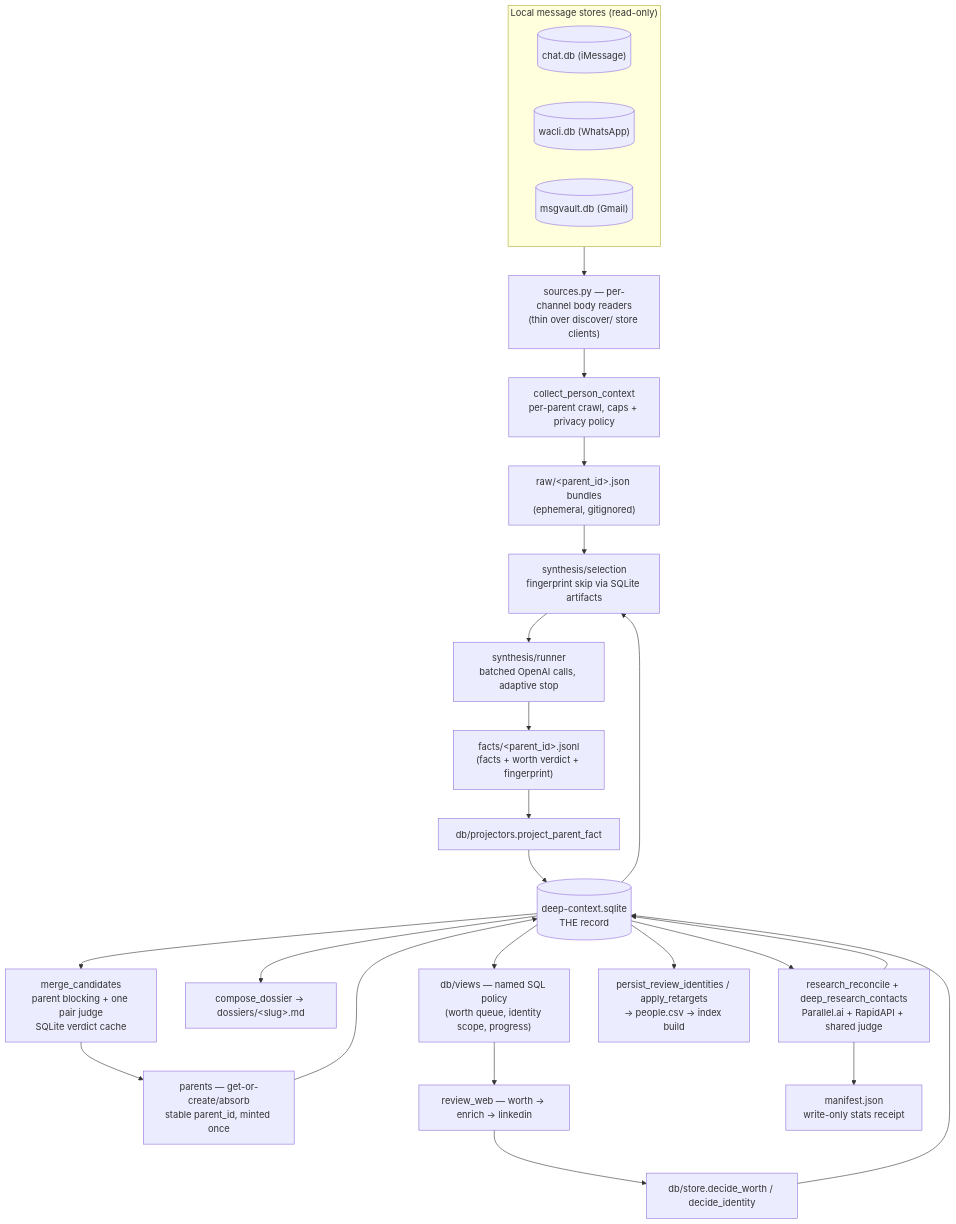
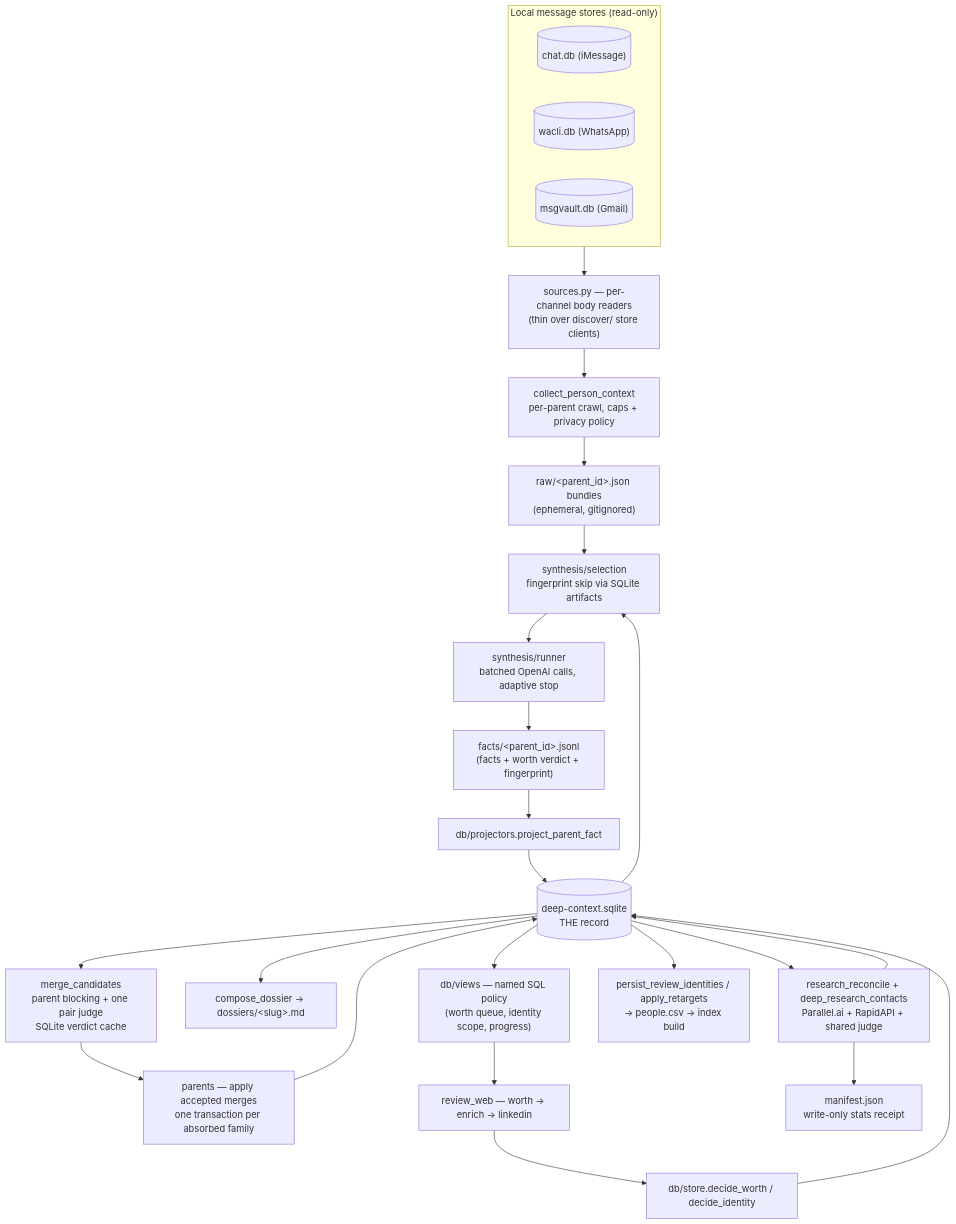
The first of 3 diagrams in packs/ingestion/primitives/deep_context/README.md (powerset-co/powerpacks), drawn with Mermaid before and after one commit. The commit also changed other lines of this file and 10 other files, not shown here.

````diff
--- a/packs/ingestion/primitives/deep_context/README.md
+++ b/packs/ingestion/primitives/deep_context/README.md
@@ -19,35 +21,35 @@
 ```mermaid
 flowchart TD
   subgraph stores["Local message stores (read-only)"]
     chatdb[("chat.db (iMessage)")]
     waclidb[("wacli.db (WhatsApp)")]
     msgvaultdb[("msgvault.db (Gmail)")]
   end
 
   stores --> readers["sources.py — per-channel body readers\n(thin over discover/ store clients)"]
   readers --> collect["collect_person_context\nper-parent crawl, caps + privacy policy"]
   collect --> bundles["raw/&lt;parent_id&gt;.json bundles\n(ephemeral, gitignored)"]
 
   bundles --> select["synthesis/selection\nfingerprint skip via SQLite artifacts"]
   sqlite[("deep-context.sqlite\nTHE record")] --> select
   select --> runner["synthesis/runner\nbatched OpenAI calls, adaptive stop"]
   runner --> factsf["facts/&lt;parent_id&gt;.jsonl\n(facts + worth verdict + fingerprint)"]
   factsf --> pfacts["db/projectors.project_parent_fact"]
   pfacts --> sqlite
 
   sqlite --> cluster["merge_candidates\nparent blocking + one pair judge\nSQLite verdict cache"]
-  cluster --> parents["parents — get-or-create/absorb\nstable parent_id, minted once"]
+  cluster --> parents["parents — apply accepted merges\none transaction per absorbed family"]
   parents --> sqlite
   sqlite --> dossier["compose_dossier → dossiers/&lt;slug&gt;.md"]
 
   sqlite --> views["db/views — named SQL policy\n(worth queue, identity scope, progress)"]
   views --> web["review_web — worth → enrich → linkedin"]
   web --> decide["db/store.decide_worth / decide_identity"]
   decide --> sqlite
 
   sqlite --> research["research_reconcile + deep_research_contacts\nParallel.ai + RapidAPI + shared judge"]
   research --> receipt["manifest.json\nwrite-only stats receipt"]
   research --> sqlite
 
   sqlite --> realize["persist_review_identities / apply_retargets\n→ people.csv → index build"]
 ```
````
